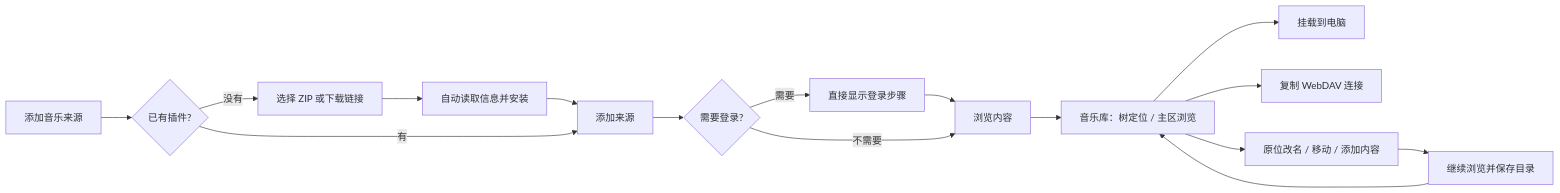
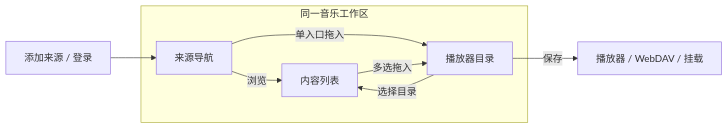
Before and after one commit to shengyusi-SYS/musicfs: the first of 2 diagrams in docs/architecture/web-ui.md, drawn with Mermaid. The commit also changed other lines of this file and 10 other files, not shown here.

````diff
--- a/docs/architecture/web-ui.md
+++ b/docs/architecture/web-ui.md
@@ -23,18 +23,11 @@
 ```mermaid
 flowchart LR
-  A[添加音乐来源] --> B{已有插件?}
-  B -->|没有| C[选择 ZIP 或下载链接]
-  C --> D[自动读取信息并安装]
-  D --> E[添加来源]
-  B -->|有| E
-  E --> F{需要登录?}
-  F -->|需要| G[直接显示登录步骤]
-  G --> H[浏览内容]
-  F -->|不需要| H
-  H --> I[音乐库：树定位 / 主区浏览]
-  I --> J[挂载到电脑]
-  I --> K[复制 WebDAV 连接]
-  I --> L[原位改名 / 移动 / 添加内容]
-  L --> M[继续浏览并保存目录]
-  M --> I
+  A[添加来源 / 登录] --> S
+  subgraph W[同一音乐工作区]
+    S[来源导航] -->|浏览| B[内容列表]
+    S -->|单入口拖入| L[播放器目录]
+    B -->|多选拖入| L
+    L -->|选择目录| B
+  end
+  L -->|保存| P[播放器 / WebDAV / 挂载]
 ```
````
